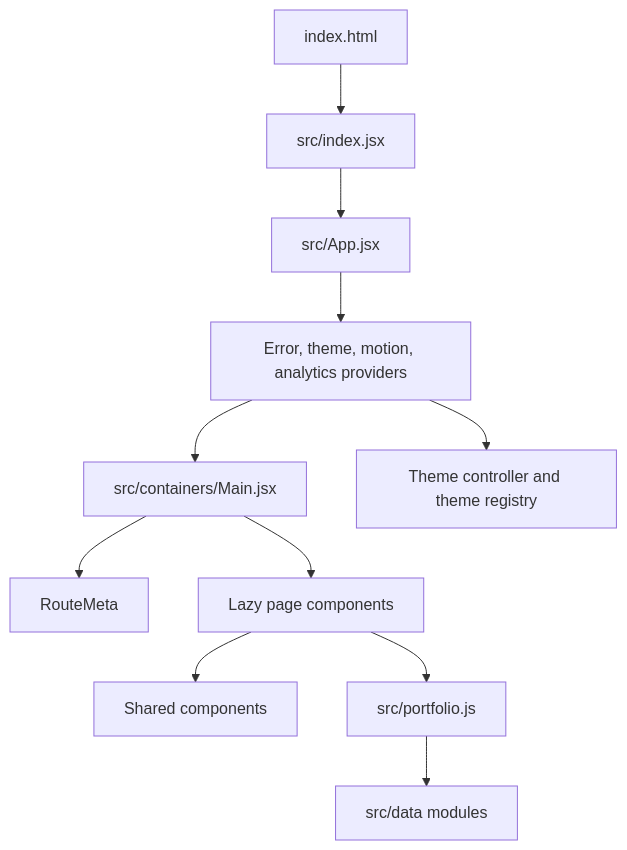
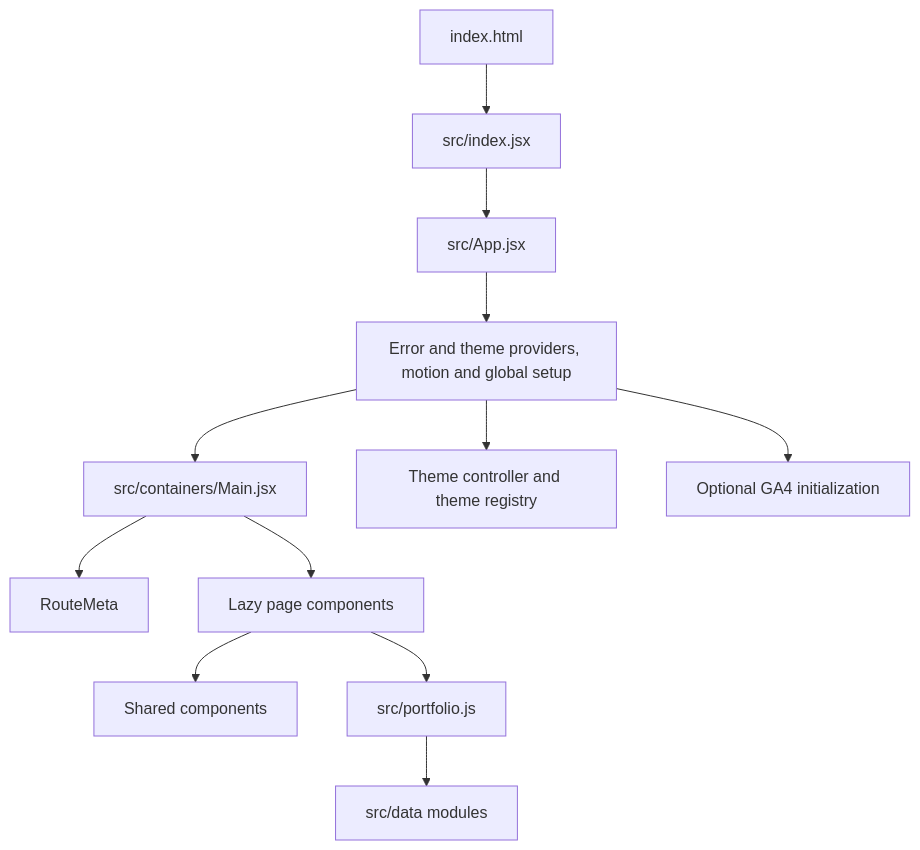
Before and after one commit to pypi-ahmad/pypi-ahmad.github.io: the second of 2 diagrams in docs/architecture.md, drawn with Mermaid. The commit also changed other lines of this file and 11 other files, not shown here.

Commit message:
docs: synchronize portfolio architecture references

````diff
--- a/docs/architecture.md
+++ b/docs/architecture.md
@@ -28,13 +28,14 @@
 ```mermaid
 flowchart TD
   html[index.html] --> entry[src/index.jsx]
   entry --> app[src/App.jsx]
-  app --> providers[Error, theme, motion, analytics providers]
-  providers --> main[src/containers/Main.jsx]
+  app --> setup[Error and theme providers, motion and global setup]
+  setup --> main[src/containers/Main.jsx]
   main --> metadata[RouteMeta]
   main --> pages[Lazy page components]
   pages --> components[Shared components]
   pages --> portfolio[src/portfolio.js]
   portfolio --> data[src/data modules]
-  providers --> themes[Theme controller and theme registry]
+  setup --> themes[Theme controller and theme registry]
+  setup --> analytics[Optional GA4 initialization]
 ```
````
